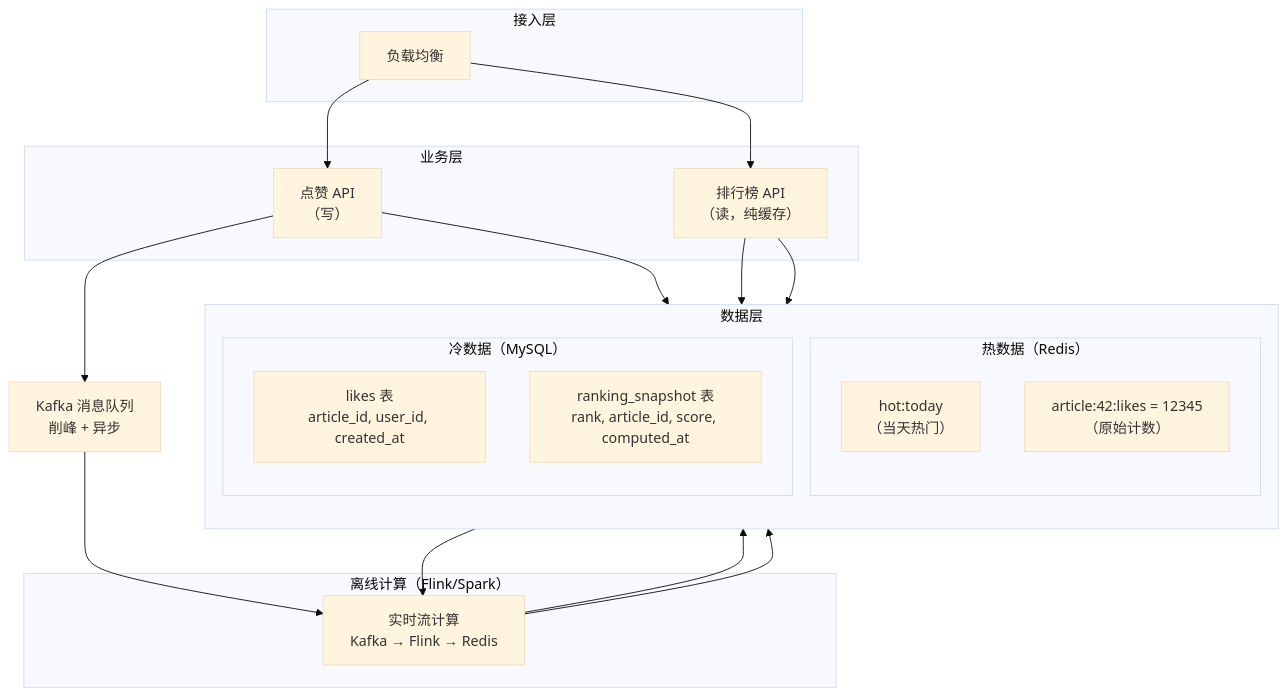
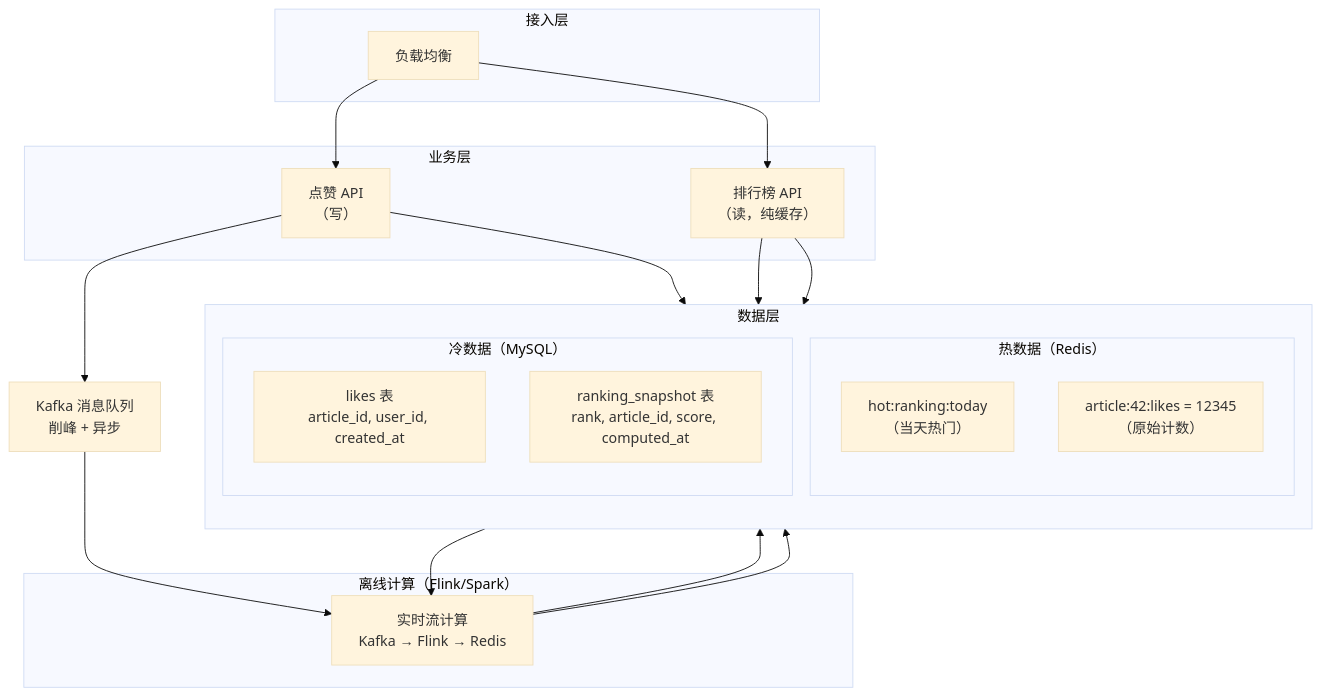
Before and after one commit to reallyhwc/ans-ai-auto-notes: the fifth of 6 diagrams in kb/技术/Java/点赞Top排行榜设计方案.md, drawn with Mermaid (base theme). The commit also changed other lines of this file and 18 other files, not shown here.

````diff
--- a/kb/技术/Java/点赞Top排行榜设计方案.md
+++ b/kb/技术/Java/点赞Top排行榜设计方案.md
@@ -146,37 +157,37 @@
 ```mermaid
 flowchart TD
     subgraph "接入层"
         LB["负载均衡"]
     end
 
     subgraph "业务层"
         API1["点赞 API<br/>（写）"]
         API2["排行榜 API<br/>（读，纯缓存）"]
     end
 
     subgraph "数据层"
         direction TB
         subgraph "热数据（Redis）"
-            ZSet_Hot["hot:today<br/>（当天热门）"]
+            ZSet_Hot["hot:ranking:today<br/>（当天热门）"]
             String["article:42:likes = 12345<br/>（原始计数）"]
         end
         subgraph "冷数据（MySQL）"
             DB_Like["likes 表<br/>article_id, user_id, created_at"]
             DB_Cache["ranking_snapshot 表<br/>rank, article_id, score, computed_at"]
         end
     end
 
     subgraph "离线计算（Flink/Spark）"
         Flink["实时流计算<br/>Kafka → Flink → Redis"]
     end
 
     LB --> API1 & API2
     API1 --> String
     API1 --> MQ["Kafka 消息队列<br/>削峰 + 异步"]
     MQ --> Flink
     Flink --> ZSet_Hot
     Flink --> DB_Cache
     API2 --> ZSet_Hot
     API2 --> DB_Cache
     DB_Like --> Flink
 ```
````
